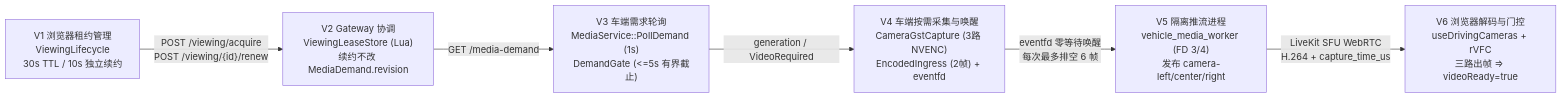
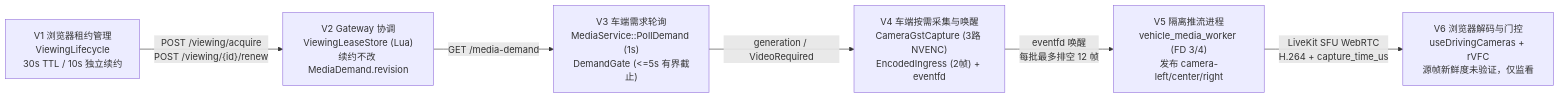
The first of 3 diagrams in .agents/knowledge/teleop-flows-and-exceptions.md (wheelos-service/remote-infra), drawn with Mermaid before and after one commit. The commit also changed other lines of this file and 27 other files, not shown here.

````diff
--- a/.agents/knowledge/teleop-flows-and-exceptions.md
+++ b/.agents/knowledge/teleop-flows-and-exceptions.md
@@ -22,15 +25,15 @@
 ```mermaid
 flowchart LR
   V1["V1 浏览器租约管理<br/>ViewingLifecycle<br/>30s TTL / 10s 独立续约"]
   V2["V2 Gateway 协调<br/>ViewingLeaseStore (Lua)<br/>续约不改 MediaDemand.revision"]
   V3["V3 车端需求轮询<br/>MediaService::PollDemand (1s)<br/>DemandGate (<=5s 有界截止)"]
   V4["V4 车端按需采集与唤醒<br/>CameraGstCapture (3路 NVENC)<br/>EncodedIngress (2帧) + eventfd"]
   V5["V5 隔离推流进程<br/>vehicle_media_worker (FD 3/4)<br/>发布 camera-left/center/right"]
-  V6["V6 浏览器解码与门控<br/>useDrivingCameras + rVFC<br/>三路出帧 => videoReady=true"]
+  V6["V6 浏览器解码与门控<br/>useDrivingCameras + rVFC<br/>源帧新鲜度未验证，仅监看"]
 
   V1 -->|"POST /viewing/acquire<br/>POST /viewing/{id}/renew"| V2
   V2 -->|"GET /media-demand"| V3
   V3 -->|"generation / VideoRequired"| V4
-  V4 -->|"eventfd 零等待唤醒<br/>每次最多排空 6 帧"| V5
+  V4 -->|"eventfd 唤醒<br/>每批最多排空 12 帧"| V5
   V5 -->|"LiveKit SFU WebRTC<br/>H.264 + capture_time_us"| V6
 ```
````
